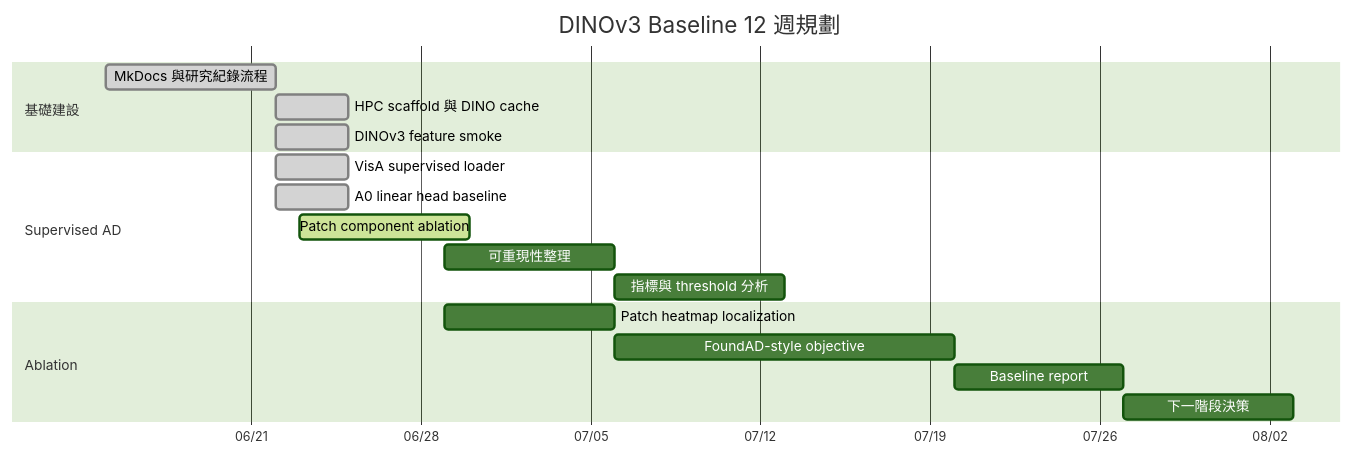
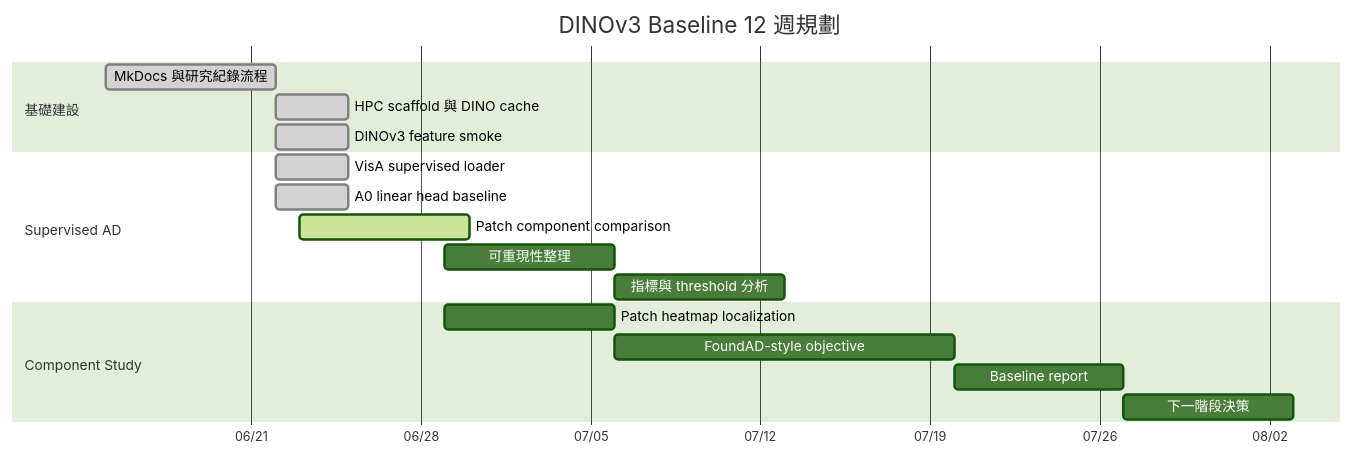
One commit to LeoGithub1119/foundation-ad-model changed the diagram in docs/roadmap/12-week-plan.md. Above: the diagram before and after it, drawn with Mermaid (forest theme). The commit also changed other lines of this file and 7 other files, not shown here.

Commit message:
Refine patch component research narrative

````diff
--- a/docs/roadmap/12-week-plan.md
+++ b/docs/roadmap/12-week-plan.md
@@ -9,24 +9,24 @@
 ```mermaid
 gantt
     title DINOv3 Baseline 12 週規劃
     dateFormat  YYYY-MM-DD
     axisFormat  %m/%d
 
     section 基礎建設
     MkDocs 與研究紀錄流程      :done, 2026-06-15, 7d
     HPC scaffold 與 DINO cache :done, 2026-06-22, 3d
     DINOv3 feature smoke       :done, 2026-06-22, 3d
 
     section Supervised AD
     VisA supervised loader     :done, 2026-06-22, 3d
     A0 linear head baseline    :done, 2026-06-22, 3d
-    Patch component ablation   :active, 2026-06-23, 7d
+    Patch component comparison :active, 2026-06-23, 7d
     可重現性整理               :2026-06-29, 7d
     指標與 threshold 分析      :2026-07-06, 7d
 
-    section Ablation
+    section Component Study
     Patch heatmap localization :2026-06-29, 7d
     FoundAD-style objective    :2026-07-06, 14d
     Baseline report            :2026-07-20, 7d
     下一階段決策               :2026-07-27, 7d
 ```
````
